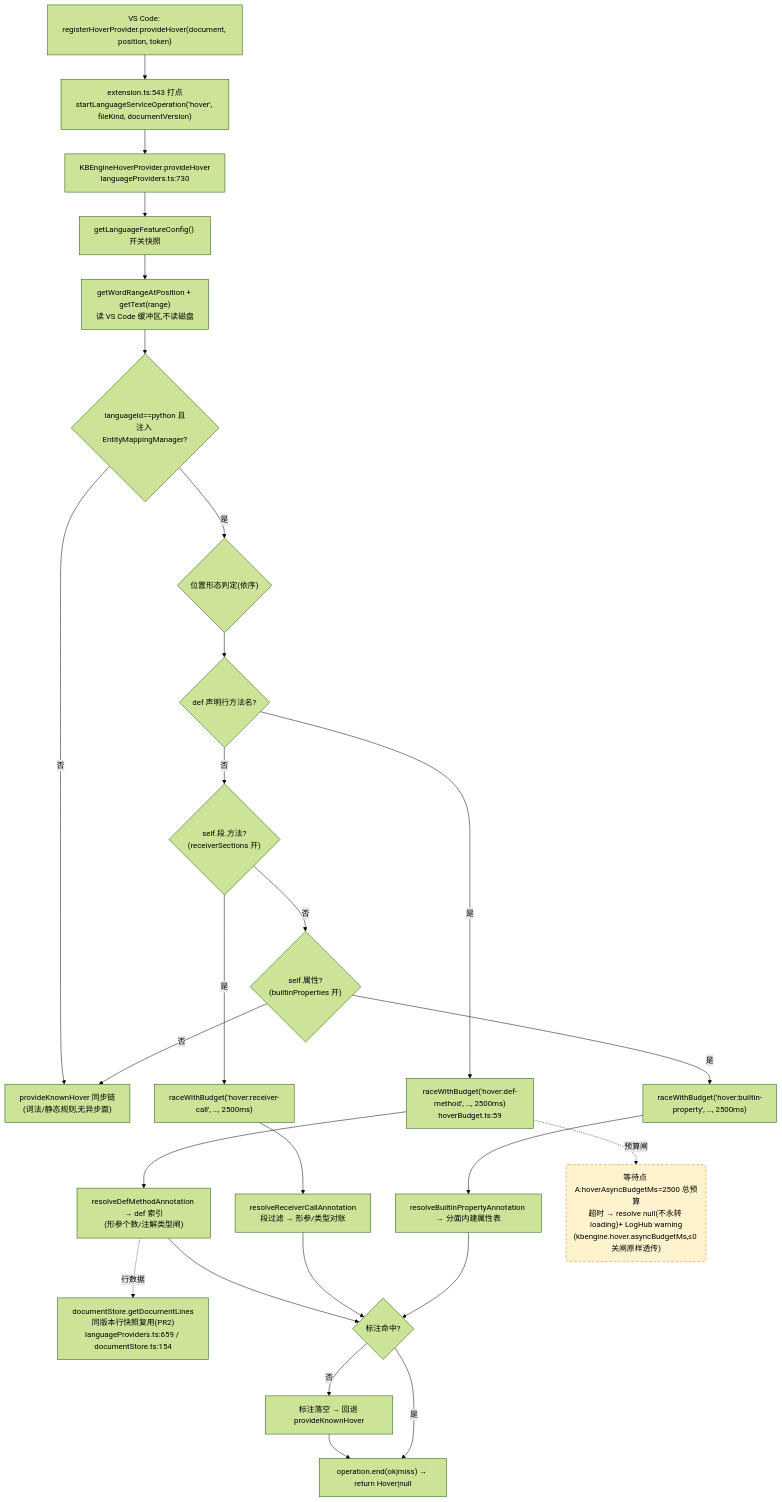
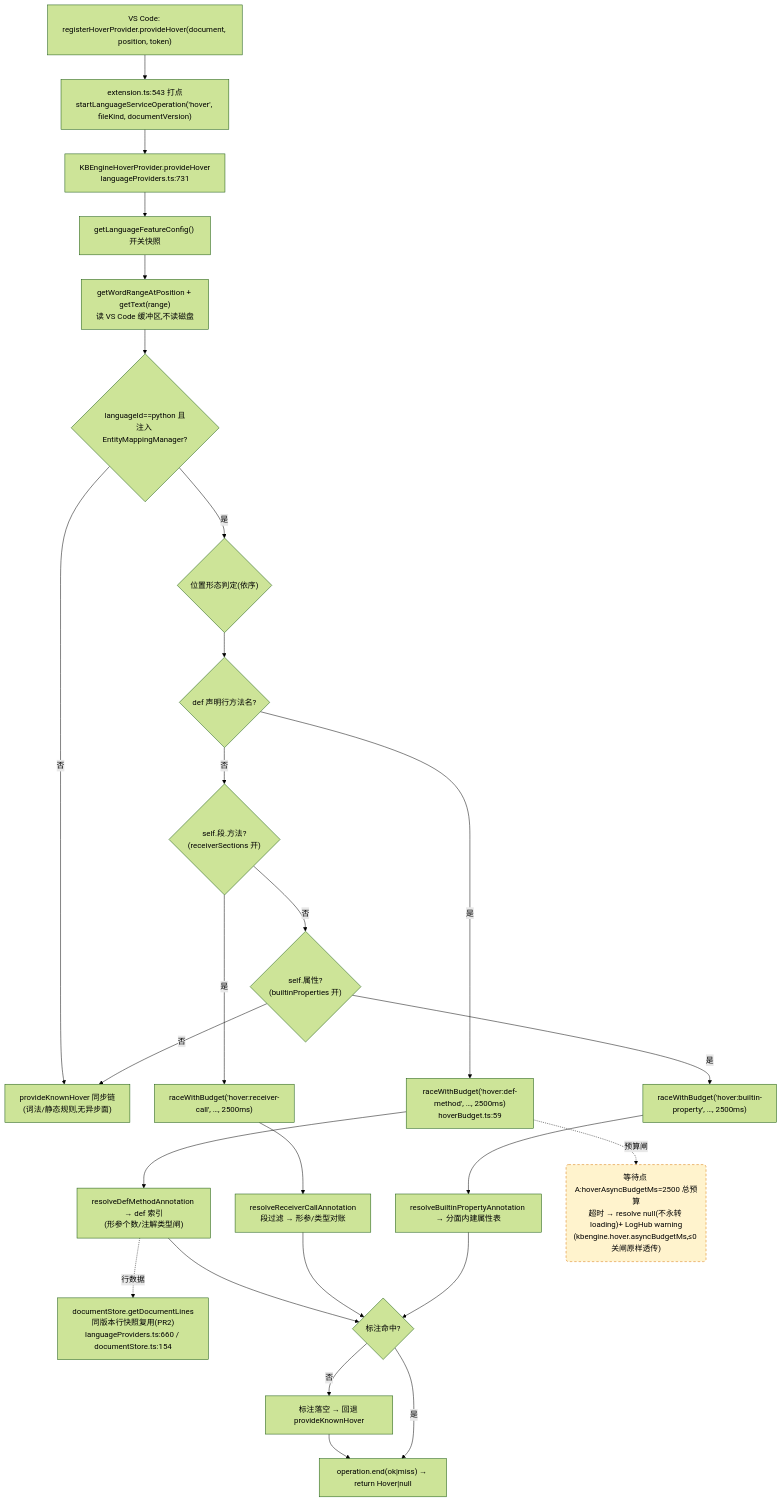
One commit to cuihairu/kode changed the first of 4 diagrams in docs/perf/2026-baseline.md. Above: the diagram before and after it, drawn with Mermaid (forest theme). The commit also changed other lines of this file and 5 other files, not shown here.

````diff
--- a/docs/perf/2026-baseline.md
+++ b/docs/perf/2026-baseline.md
@@ -82,45 +82,45 @@
 ```mermaid
 flowchart TD
   VC1["VS Code: registerHoverProvider.provideHover(document, position, token)"]
   M1["extension.ts:543 打点<br/>startLanguageServiceOperation('hover', fileKind, documentVersion)"]
-  HP["KBEngineHoverProvider.provideHover<br/>languageProviders.ts:730"]
+  HP["KBEngineHoverProvider.provideHover<br/>languageProviders.ts:731"]
   CFG["getLanguageFeatureConfig() 开关快照"]
   WORD["getWordRangeAtPosition + getText(range)<br/>读 VS Code 缓冲区,不读磁盘"]
   BR{"languageId==python 且<br/>注入 EntityMappingManager?"}
   KN["provideKnownHover 同步链<br/>(词法/静态规则,无异步面)"]
   POS{"位置形态判定(依序)"}
   D1{"def 声明行方法名?"}
   D2{"self.段.方法?<br/>(receiverSections 开)"}
   D3{"self.属性?<br/>(builtinProperties 开)"}
   RA1["raceWithBudget('hover:def-method', …, 2500ms)<br/>hoverBudget.ts:59"]
   RA2["raceWithBudget('hover:receiver-call', …, 2500ms)"]
   RA3["raceWithBudget('hover:builtin-property', …, 2500ms)"]
   RS1["resolveDefMethodAnnotation → def 索引<br/>(形参个数/注解类型闸)"]
   RS2["resolveReceiverCallAnnotation<br/>段过滤 → 形参/类型对账"]
   RS3["resolveBuiltinPropertyAnnotation → 分面内建属性表"]
-  LINES["documentStore.getDocumentLines<br/>同版本行快照复用(PR2)<br/>languageProviders.ts:659 / documentStore.ts:154"]
+  LINES["documentStore.getDocumentLines<br/>同版本行快照复用(PR2)<br/>languageProviders.ts:660 / documentStore.ts:154"]
   MISS["标注落空 → 回退 provideKnownHover"]
   END1["operation.end(ok|miss) → return Hover|null"]
 
   VC1 --> M1 --> HP --> CFG --> WORD --> BR
   BR -- "否" --> KN
   BR -- "是" --> POS --> D1
   D1 -- "是" --> RA1 --> RS1
   D1 -- "否" --> D2
   D2 -- "是" --> RA2 --> RS2
   D2 -- "否" --> D3
   D3 -- "是" --> RA3 --> RS3
   D3 -- "否" --> KN
   RS1 --> HIT{"标注命中?"}
   RS2 --> HIT
   RS3 --> HIT
   RS1 -.->|行数据| LINES
   HIT -- "否" --> MISS --> END1
   HIT -- "是" --> END1
 
   WAITA("等待点 A:hoverAsyncBudgetMs=2500 总预算<br/>超时 → resolve null(不永转 loading)+ LogHub warning<br/>(kbengine.hover.asyncBudgetMs,≤0 关闸原样透传)")
   RA1 -.->|预算闸| WAITA
 
   classDef waitPoint fill:#fff3cd,stroke:#d97706,stroke-dasharray:5 4;
   class WAITA waitPoint;
 ```
````
